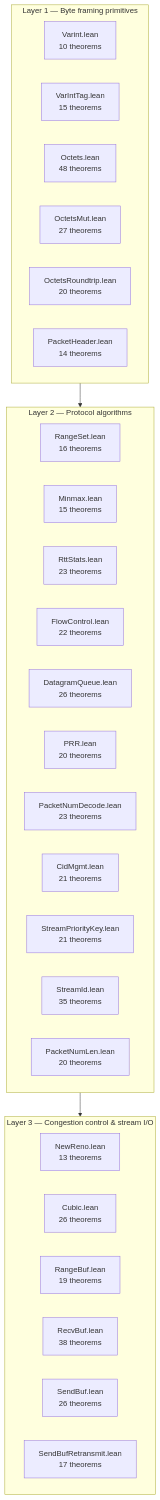
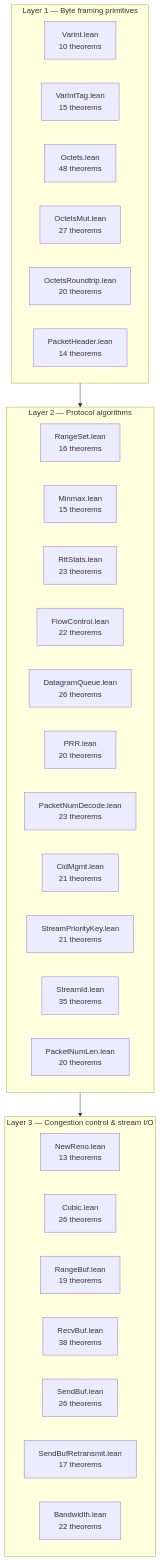
Before and after one commit to dsyme/quiche: the first of 7 diagrams in formal-verification/REPORT.md, drawn with Mermaid. The commit also changed other lines of this file and 1 other file, not shown here.

First line of the commit message:
feat(fv): Task 10+11 — REPORT.md + paper.tex update to 26 files / 555 theorems (run 92)

````diff
--- a/formal-verification/REPORT.md
+++ b/formal-verification/REPORT.md
@@ -50,34 +50,35 @@
 ```mermaid
 graph TD
     subgraph L1["Layer 1 — Byte framing primitives"]
         Varint["Varint.lean<br/>10 theorems"]
         VarIntTag["VarIntTag.lean<br/>15 theorems"]
         Octets["Octets.lean<br/>48 theorems"]
         OctetsMut["OctetsMut.lean<br/>27 theorems"]
         OctetsRT["OctetsRoundtrip.lean<br/>20 theorems"]
         PacketHeader["PacketHeader.lean<br/>14 theorems"]
     end
     subgraph L2["Layer 2 — Protocol algorithms"]
         RangeSet["RangeSet.lean<br/>16 theorems"]
         Minmax["Minmax.lean<br/>15 theorems"]
         RttStats["RttStats.lean<br/>23 theorems"]
         FlowControl["FlowControl.lean<br/>22 theorems"]
         DatagramQueue["DatagramQueue.lean<br/>26 theorems"]
         PRR["PRR.lean<br/>20 theorems"]
         PacketNumDecode["PacketNumDecode.lean<br/>23 theorems"]
         CidMgmt["CidMgmt.lean<br/>21 theorems"]
         StreamPriorityKey["StreamPriorityKey.lean<br/>21 theorems"]
         StreamId["StreamId.lean<br/>35 theorems"]
         PacketNumLen["PacketNumLen.lean<br/>20 theorems"]
     end
     subgraph L3["Layer 3 — Congestion control & stream I/O"]
         NewReno["NewReno.lean<br/>13 theorems"]
         Cubic["Cubic.lean<br/>26 theorems"]
         RangeBuf["RangeBuf.lean<br/>19 theorems"]
         RecvBuf["RecvBuf.lean<br/>38 theorems"]
         SendBuf["SendBuf.lean<br/>26 theorems"]
         SendBufRT["SendBufRetransmit.lean<br/>17 theorems"]
+        Bandwidth["Bandwidth.lean<br/>22 theorems"]
     end
     L1 --> L2
     L2 --> L3
 ```
````
